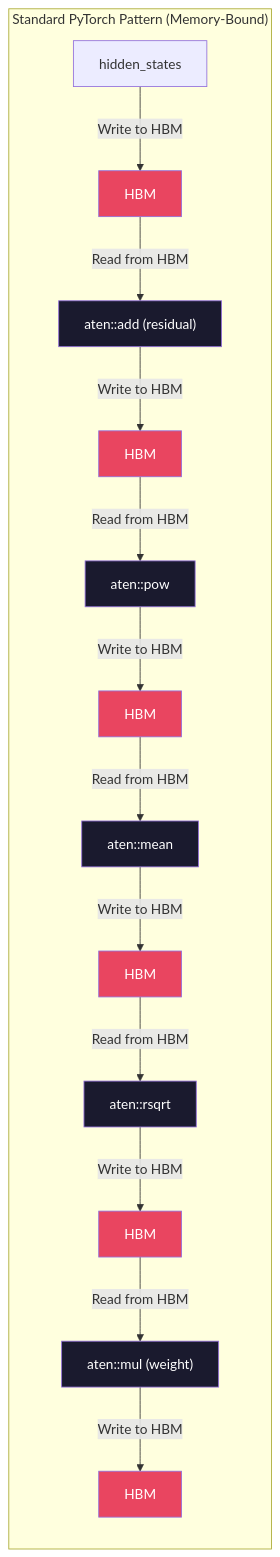
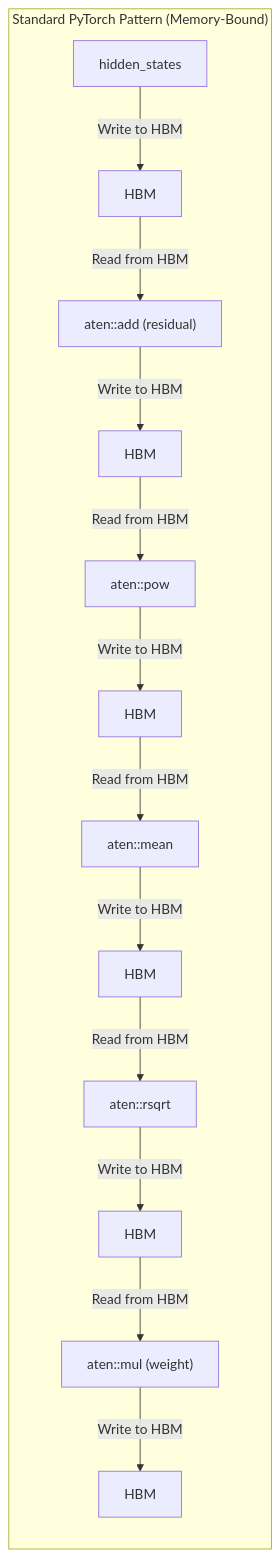
Before and after one commit to Darshan-Baslani/simple_portfolio: the second of 5 diagrams in blogs/qwen_3.5.md, drawn with Mermaid. The commit also changed other lines of this file and 12 other files, not shown here.

Commit message:
fix: graph text not visible

````diff
--- a/blogs/qwen_3.5.md
+++ b/blogs/qwen_3.5.md
@@ -126,29 +121,17 @@
 ```mermaid
 graph TB
     subgraph Standard["Standard PyTorch Pattern (Memory-Bound)"]
         direction TB
         H0["hidden_states"] -->|"Write to HBM"| HBM1["HBM"]
         HBM1 -->|"Read from HBM"| ADD["aten::add (residual)"]
         ADD -->|"Write to HBM"| HBM2["HBM"]
         HBM2 -->|"Read from HBM"| POW["aten::pow"]
         POW -->|"Write to HBM"| HBM3["HBM"]
         HBM3 -->|"Read from HBM"| MEAN["aten::mean"]
         MEAN -->|"Write to HBM"| HBM4["HBM"]
         HBM4 -->|"Read from HBM"| RSQRT["aten::rsqrt"]
         RSQRT -->|"Write to HBM"| HBM5["HBM"]
         HBM5 -->|"Read from HBM"| MUL["aten::mul (weight)"]
         MUL -->|"Write to HBM"| HBM6["HBM"]
     end
-
-    style HBM1 fill:#e94560,color:#fff
-    style HBM2 fill:#e94560,color:#fff
-    style HBM3 fill:#e94560,color:#fff
-    style HBM4 fill:#e94560,color:#fff
-    style HBM5 fill:#e94560,color:#fff
-    style HBM6 fill:#e94560,color:#fff
-    style ADD fill:#1a1a2e,color:#fff
-    style POW fill:#1a1a2e,color:#fff
-    style MEAN fill:#1a1a2e,color:#fff
-    style RSQRT fill:#1a1a2e,color:#fff
-    style MUL fill:#1a1a2e,color:#fff
 ```
````
